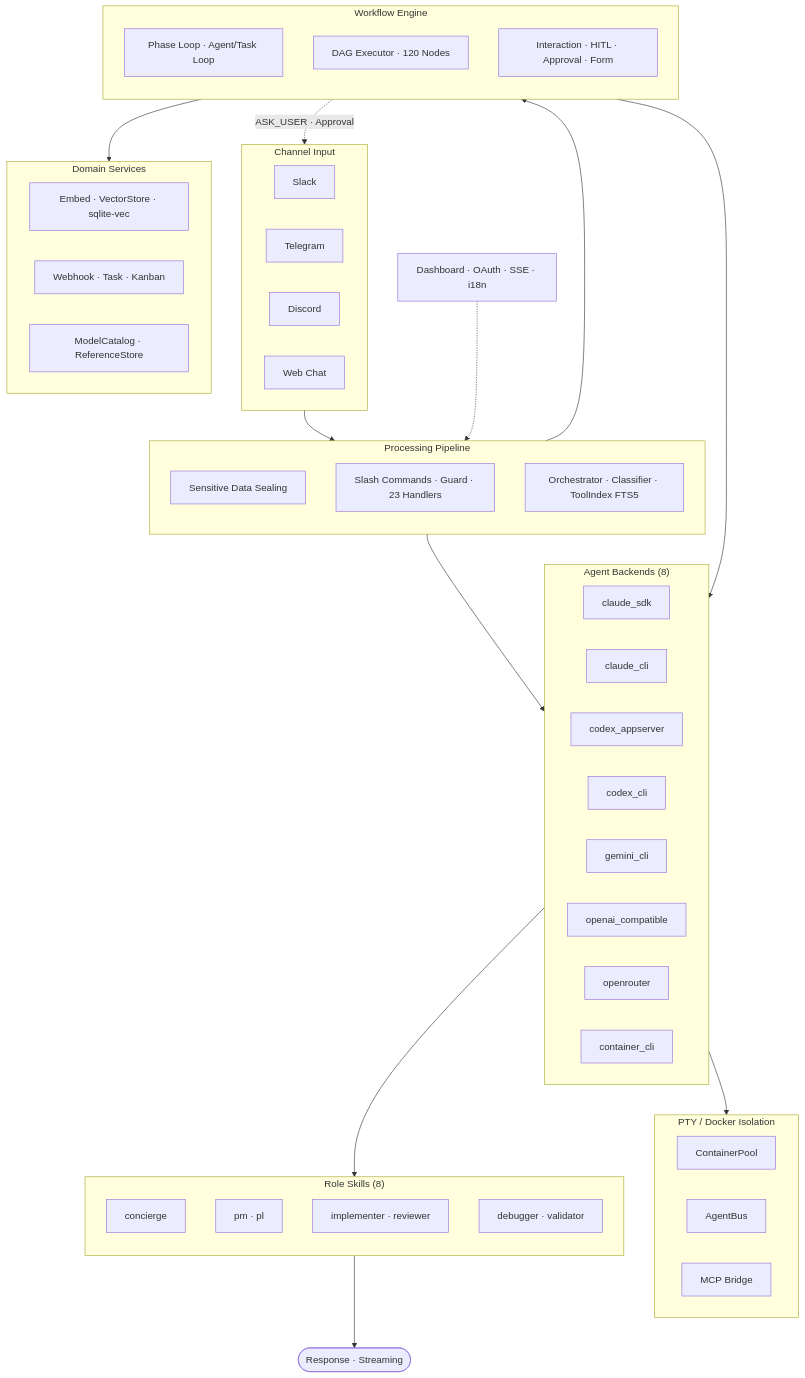
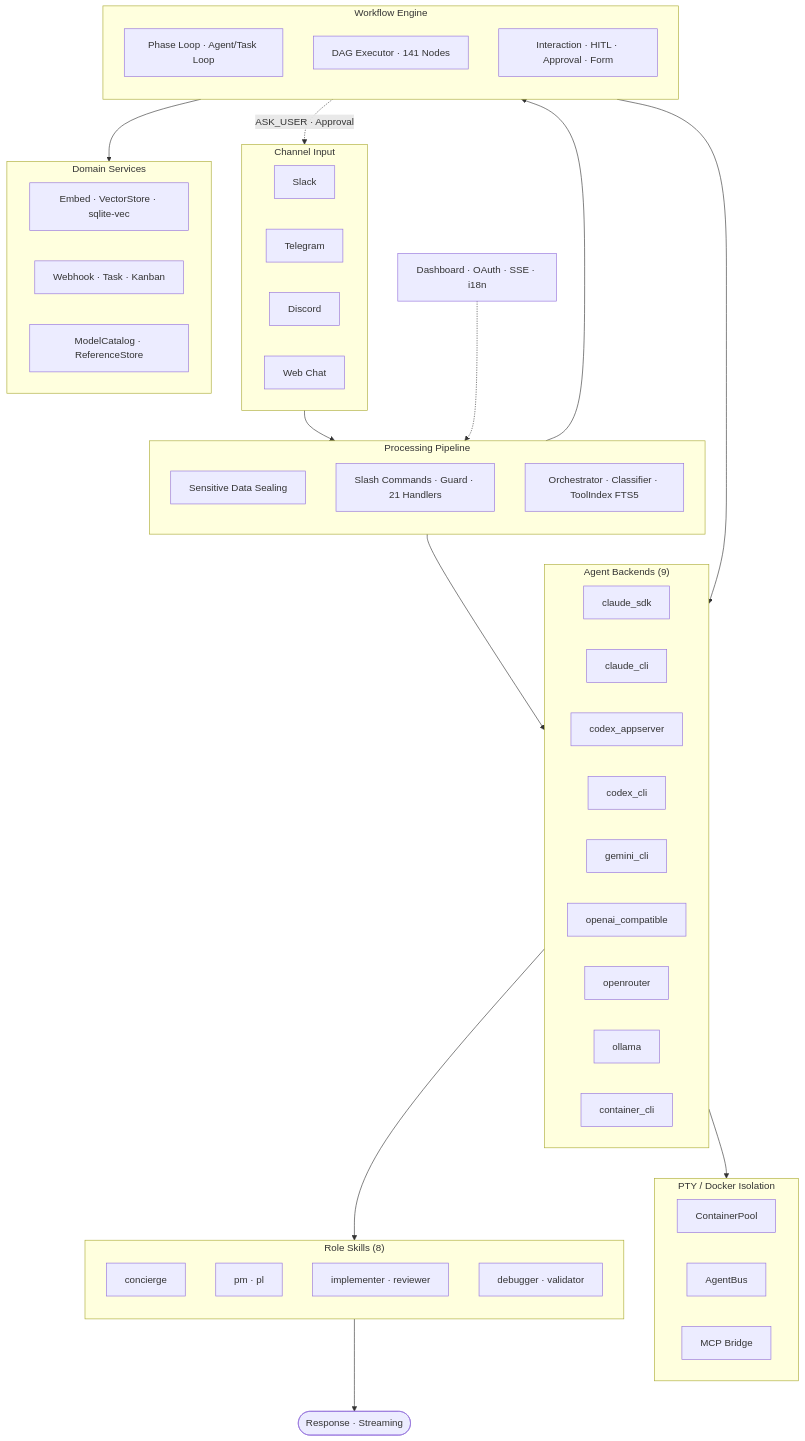
Before and after one commit to berrzebb/SoulFlow-Orchestrator: the first of 3 diagrams in docs/README.en.md, drawn with Mermaid. The commit also changed other lines of this file and 3 other files, not shown here.

````diff
--- a/docs/README.en.md
+++ b/docs/README.en.md
@@ -31,71 +31,72 @@
 ```mermaid
 flowchart TD
     subgraph Channels["Channel Input"]
         direction LR
         SL[Slack]
         TG[Telegram]
         DS[Discord]
         WEB[Web Chat]
     end
 
     subgraph Pipeline["Processing Pipeline"]
         direction TB
         SEAL[Sensitive Data Sealing]
-        CMD[Slash Commands · Guard · 23 Handlers]
+        CMD[Slash Commands · Guard · 21 Handlers]
         ORCH[Orchestrator · Classifier · ToolIndex FTS5]
     end
 
-    subgraph Backends["Agent Backends (8)"]
+    subgraph Backends["Agent Backends (9)"]
         direction LR
         CSDK[claude_sdk]
         CCLI[claude_cli]
         CAPPS[codex_appserver]
         CCLIX[codex_cli]
         GCLI[gemini_cli]
         OAI[openai_compatible]
         ORT[openrouter]
+        OLL[ollama]
         CTR[container_cli]
     end
 
     subgraph Workflows["Workflow Engine"]
         direction TB
         PL[Phase Loop · Agent/Task Loop]
-        DAG[DAG Executor · 120 Nodes]
+        DAG[DAG Executor · 141 Nodes]
         INTERACT[Interaction · HITL · Approval · Form]
     end
 
     subgraph PTY["PTY / Docker Isolation"]
         direction LR
         POOL[ContainerPool]
         BUS[AgentBus]
         BRIDGE[MCP Bridge]
     end
 
     subgraph Skills["Role Skills (8)"]
         direction TB
         BT[concierge]
         PM[pm · pl]
         IMPL[implementer · reviewer]
         DBG[debugger · validator]
     end
 
     subgraph Services["Domain Services"]
         direction LR
         EMBED[Embed · VectorStore · sqlite-vec]
         WEBHOOK[Webhook · Task · Kanban]
         CATALOG[ModelCatalog · ReferenceStore]
     end
 
     DASH[Dashboard · OAuth · SSE · i18n]
 
     Channels --> Pipeline
     Pipeline --> Backends
     Pipeline --> Workflows
     Workflows --> Backends
     INTERACT -.->|ASK_USER · Approval| Channels
     CTR --> PTY
     Backends --> Skills
     Skills --> OUT([Response · Streaming])
     Workflows --> Services
     DASH -.-> Pipeline
 ```
````
